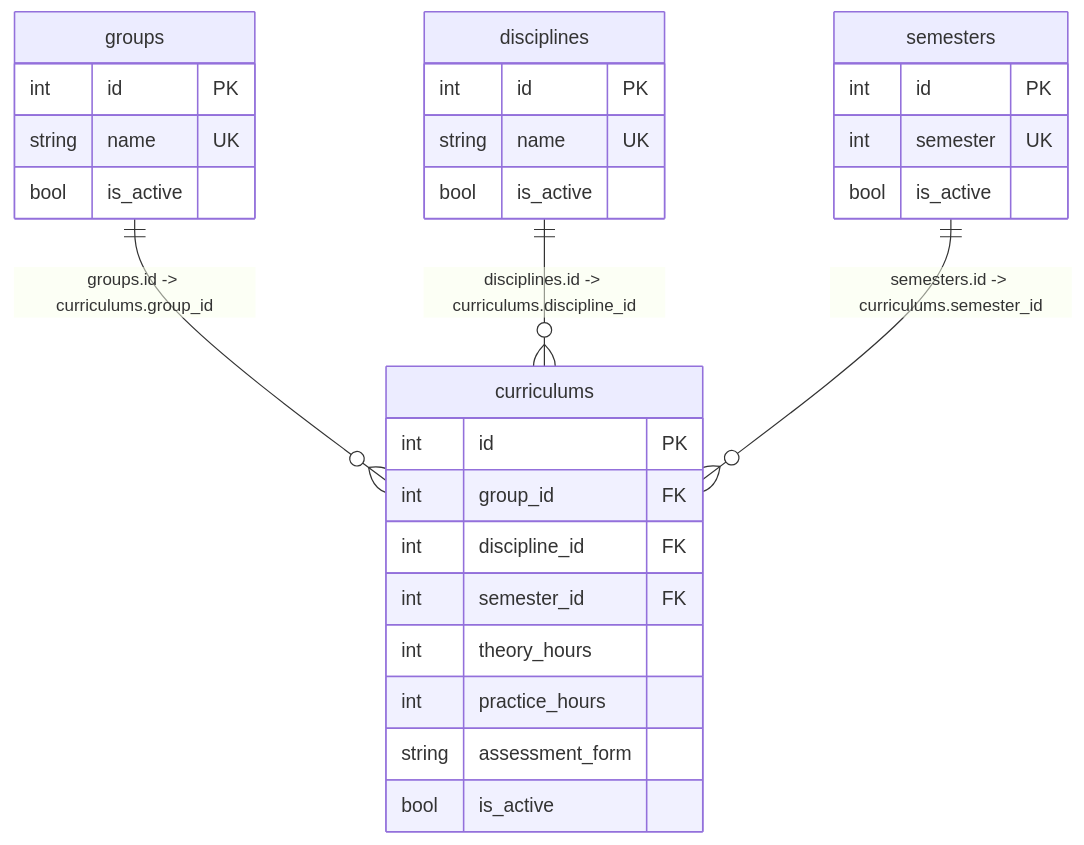
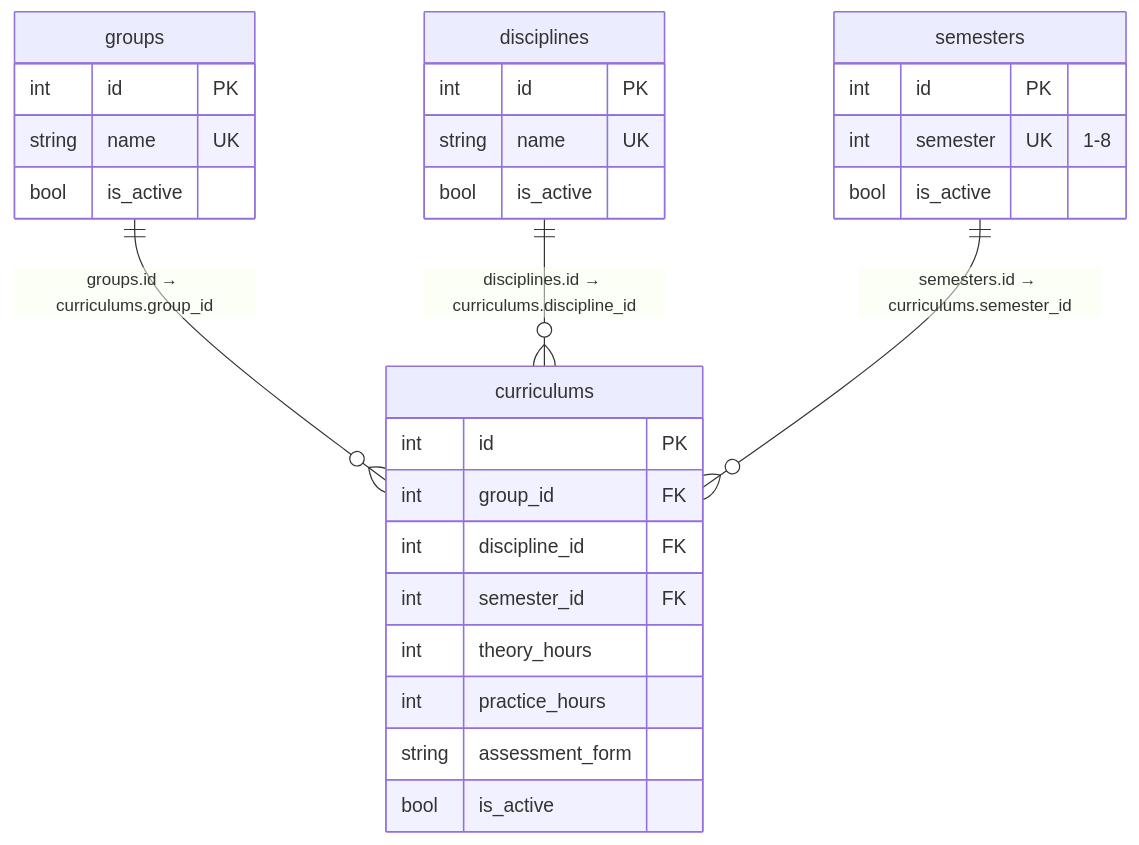
One commit to YuriSilenok/KPK_UP2_24-1P11 changed the diagram in S12/doc.md. Above: the diagram before and after it, drawn with Mermaid. The commit also changed other lines of this file, not shown here.

````diff
--- a/S12/doc.md
+++ b/S12/doc.md
@@ -12,35 +10,35 @@
 ```mermaid
 erDiagram
-    groups ||--o{ curriculums : "groups.id -> curriculums.group_id"
-    disciplines ||--o{ curriculums : "disciplines.id -> curriculums.discipline_id"
-    semesters ||--o{ curriculums : "semesters.id -> curriculums.semester_id"
-
     groups {
         int id PK
         string name UK
         bool is_active
     }
     
     disciplines {
         int id PK
         string name UK
         bool is_active
     }
     
     semesters {
         int id PK
-        int semester UK
+        int semester UK "1-8"
         bool is_active
     }
     
     curriculums {
         int id PK
         int group_id FK
         int discipline_id FK
         int semester_id FK
         int theory_hours
         int practice_hours
         string assessment_form
         bool is_active
     }
+
+    groups ||--o{ curriculums : "groups.id → curriculums.group_id"
+    disciplines ||--o{ curriculums : "disciplines.id → curriculums.discipline_id"
+    semesters ||--o{ curriculums : "semesters.id → curriculums.semester_id"
 ```
````
